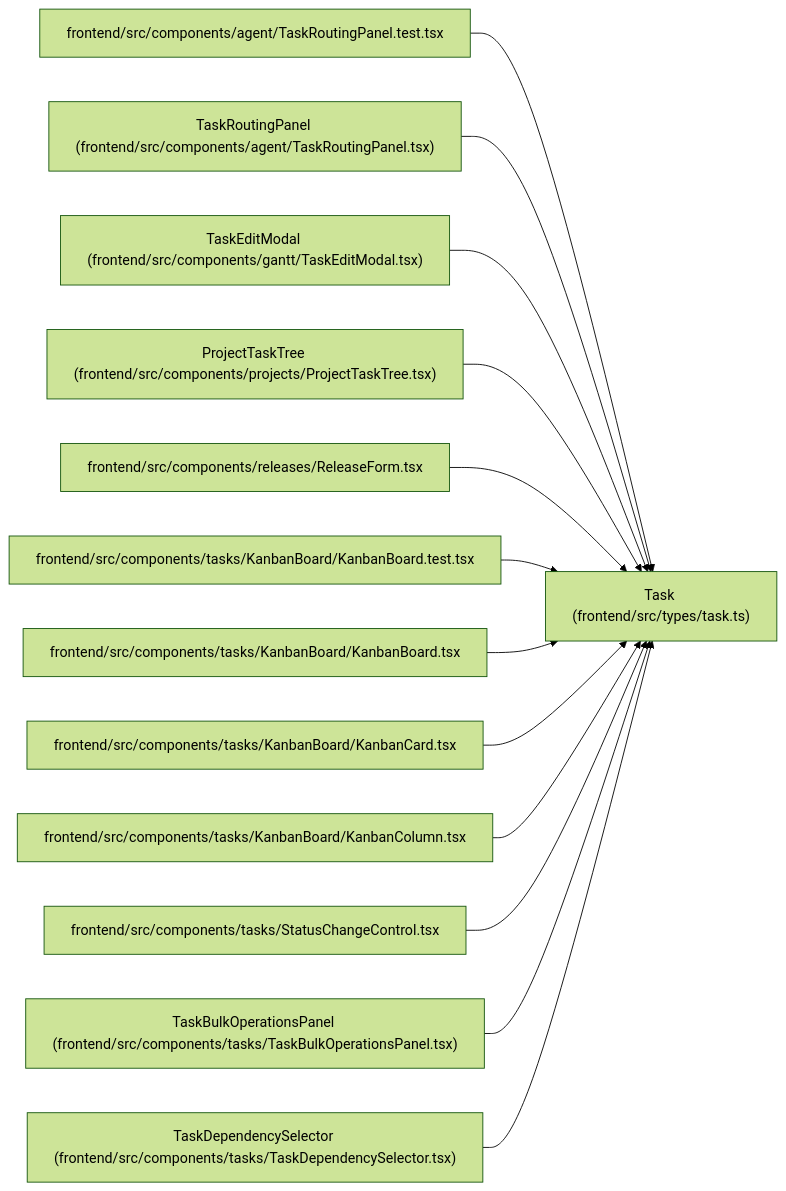
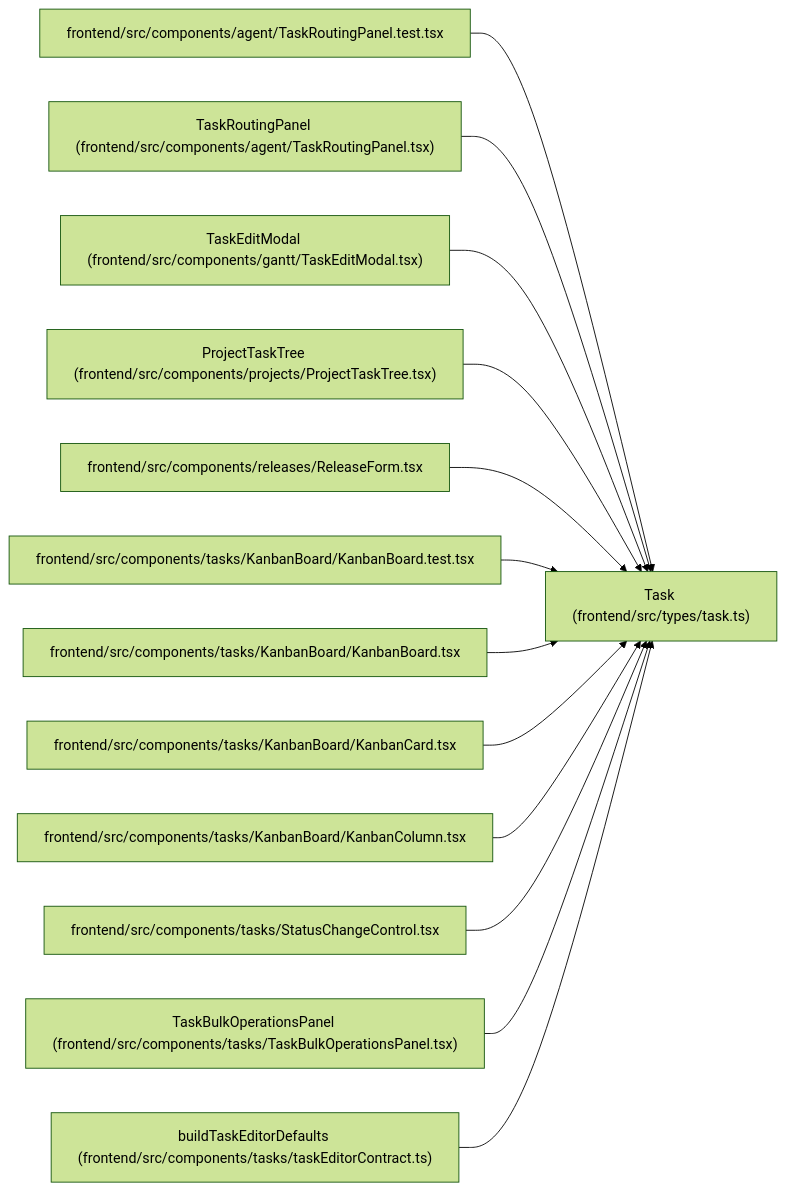
The diagram in docs/llm_wiki/entities/types_task_Task.md (Denissvgn/WorkChord), drawn with Mermaid (forest theme) before and after one commit. The commit also changed other lines of this file and 1238 other files, not shown here.

First line of the commit message:
docs(wiki): publish compact canonical domain architecture

````diff
--- a/docs/llm_wiki/entities/types_task_Task.md
+++ b/docs/llm_wiki/entities/types_task_Task.md
@@ -81,41 +98,41 @@
 ```mermaid
 flowchart LR
     n0["Task (frontend/src/types/task.ts)"]
     n1["frontend/src/components/agent/TaskRoutingPanel.test.tsx"]
     n2["TaskRoutingPanel (frontend/src/components/agent/TaskRoutingPanel.tsx)"]
     n3["TaskEditModal (frontend/src/components/gantt/TaskEditModal.tsx)"]
     n4["ProjectTaskTree (frontend/src/components/projects/ProjectTaskTree.tsx)"]
     n5["frontend/src/components/releases/ReleaseForm.tsx"]
     n6["frontend/src/components/tasks/KanbanBoard/KanbanBoard.test.tsx"]
     n7["frontend/src/components/tasks/KanbanBoard/KanbanBoard.tsx"]
     n8["frontend/src/components/tasks/KanbanBoard/KanbanCard.tsx"]
     n9["frontend/src/components/tasks/KanbanBoard/KanbanColumn.tsx"]
     n10["frontend/src/components/tasks/StatusChangeControl.tsx"]
     n11["TaskBulkOperationsPanel (frontend/src/components/tasks/TaskBulkOperationsPanel.tsx)"]
-    n12["TaskDependencySelector (frontend/src/components/tasks/TaskDependencySelector.tsx)"]
+    n12["buildTaskEditorDefaults (frontend/src/components/tasks/taskEditorContract.ts)"]
     n1 --> n0
     n2 --> n0
     n3 --> n0
     n4 --> n0
     n5 --> n0
     n6 --> n0
     n7 --> n0
     n8 --> n0
     n9 --> n0
     n10 --> n0
     n11 --> n0
     n12 --> n0
     click n0 "../modules/types_task.md"
     click n1 "../modules/TaskRoutingPanel.test.md"
     click n2 "../modules/TaskRoutingPanel.md"
     click n3 "../modules/TaskEditModal.md"
     click n4 "../modules/ProjectTaskTree.md"
     click n5 "../modules/ReleaseForm.md"
     click n6 "../modules/KanbanBoard.test.md"
     click n7 "../modules/KanbanBoard.md"
     click n8 "../modules/KanbanCard.md"
     click n9 "../modules/KanbanColumn.md"
     click n10 "../modules/StatusChangeControl.md"
     click n11 "../modules/TaskBulkOperationsPanel.md"
-    click n12 "../modules/TaskDependencySelector.md"
+    click n12 "../modules/taskEditorContract.md"
 ```
````
